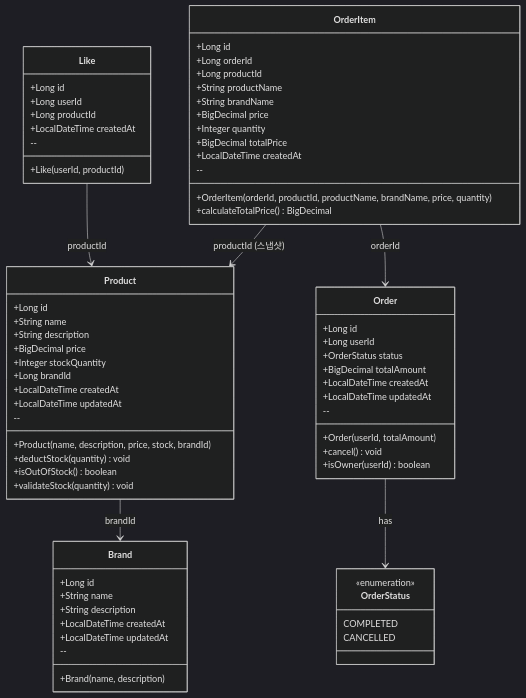
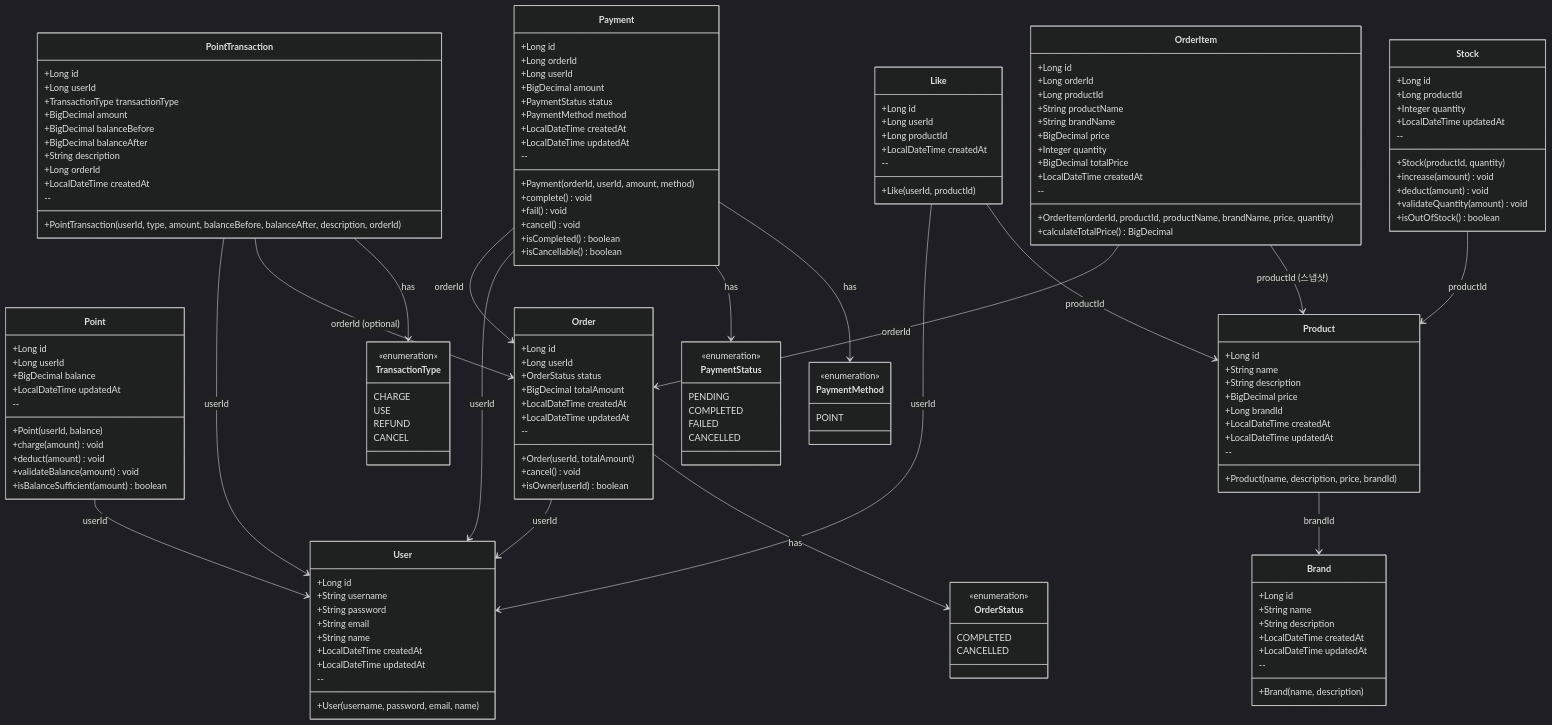
One commit to Loopers-dev-lab/loopers-spring-kotlin-template changed the first of 5 diagrams in docs/week2/03-class-diagram.md. Above: the diagram before and after it, drawn with Mermaid (dark theme). The commit also changed other lines of this file and 3 other files, not shown here.

Commit message:
[docs] point, payment 관련 도메인 추가

````diff
--- a/docs/week2/03-class-diagram.md
+++ b/docs/week2/03-class-diagram.md
@@ -27,5 +27,52 @@
 ```mermaid
 classDiagram
+    class User {
+        +Long id
+        +String username
+        +String password
+        +String email
+        +String name
+        +LocalDateTime createdAt
+        +LocalDateTime updatedAt
+        --
+        +User(username, password, email, name)
+    }
+
+    class Point {
+        +Long id
+        +Long userId
+        +BigDecimal balance
+        +LocalDateTime updatedAt
+        --
+        +Point(userId, balance)
+        +charge(amount) void
+        +deduct(amount) void
+        +validateBalance(amount) void
+        +isBalanceSufficient(amount) boolean
+    }
+
+    class PointTransaction {
+        +Long id
+        +Long userId
+        +TransactionType transactionType
+        +BigDecimal amount
+        +BigDecimal balanceBefore
+        +BigDecimal balanceAfter
+        +String description
+        +Long orderId
+        +LocalDateTime createdAt
+        --
+        +PointTransaction(userId, type, amount, balanceBefore, balanceAfter, description, orderId)
+    }
+
+    class TransactionType {
+        <<enumeration>>
+        CHARGE
+        USE
+        REFUND
+        CANCEL
+    }
+
     class Brand {
         +Long id
         +String name
@@ -41,15 +88,24 @@
         +String name
         +String description
         +BigDecimal price
-        +Integer stockQuantity
         +Long brandId
         +LocalDateTime createdAt
         +LocalDateTime updatedAt
         --
-        +Product(name, description, price, stock, brandId)
-        +deductStock(quantity) void
+        +Product(name, description, price, brandId)
+    }
+
+    class Stock {
+        +Long id
+        +Long productId
+        +Integer quantity
+        +LocalDateTime updatedAt
+        --
+        +Stock(productId, quantity)
+        +increase(amount) void
+        +deduct(amount) void
+        +validateQuantity(amount) void
         +isOutOfStock() boolean
-        +validateStock(quantity) void
     }
 
     class Like {
@@ -89,15 +145,57 @@
         +calculateTotalPrice() BigDecimal
     }
 
+    class Payment {
+        +Long id
+        +Long orderId
+        +Long userId
+        +BigDecimal amount
+        +PaymentStatus status
+        +PaymentMethod method
+        +LocalDateTime createdAt
+        +LocalDateTime updatedAt
+        --
+        +Payment(orderId, userId, amount, method)
+        +complete() void
+        +fail() void
+        +cancel() void
+        +isCompleted() boolean
+        +isCancellable() boolean
+    }
+
     class OrderStatus {
         <<enumeration>>
         COMPLETED
         CANCELLED
     }
 
+    class PaymentStatus {
+        <<enumeration>>
+        PENDING
+        COMPLETED
+        FAILED
+        CANCELLED
+    }
+
+    class PaymentMethod {
+        <<enumeration>>
+        POINT
+    }
+
+    Point --> User : userId
+    PointTransaction --> User : userId
+    PointTransaction --> Order : orderId (optional)
+    PointTransaction --> TransactionType : has
     Product --> Brand : brandId
+    Stock --> Product : productId
+    Like --> User : userId
     Like --> Product : productId
+    Order --> User : userId
     OrderItem --> Order : orderId
     OrderItem --> Product : productId (스냅샷)
+    Payment --> Order : orderId
+    Payment --> User : userId
     Order --> OrderStatus : has
+    Payment --> PaymentStatus : has
+    Payment --> PaymentMethod : has
 ```
````
